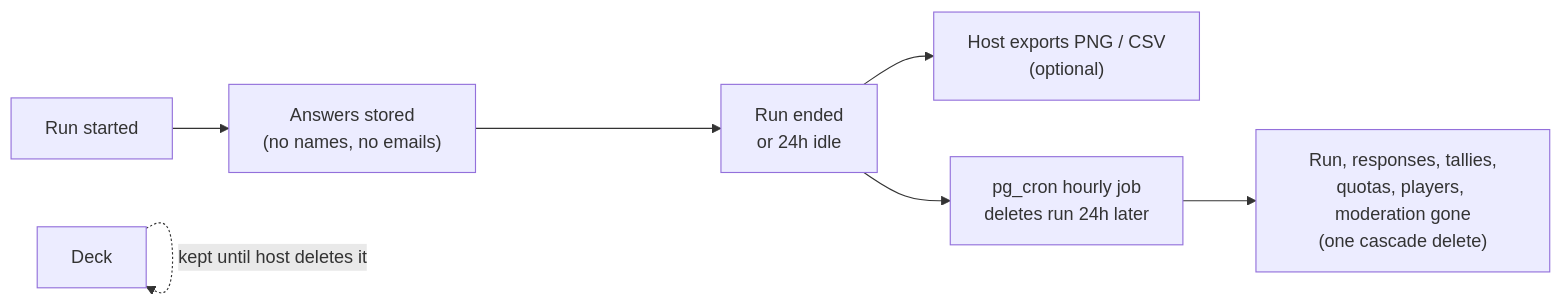
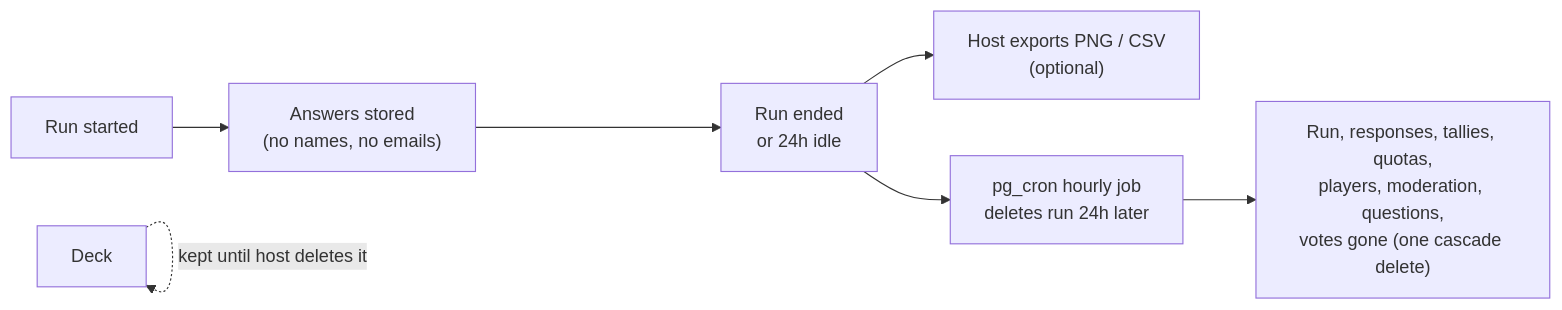
One commit to shahil1dn/volley changed the tenth of 10 diagrams in docs/ARCHITECTURE.md. Above: the diagram before and after it, drawn with Mermaid. The commit also changed other lines of this file, not shown here.

Commit message:
docs: architecture catches up with Q&A, the purge and the test project

````diff
--- a/docs/ARCHITECTURE.md
+++ b/docs/ARCHITECTURE.md
@@ -304,9 +321,9 @@
 ```mermaid
 flowchart LR
   A["Run started"] --> B["Answers stored<br/>(no names, no emails)"]
   B --> C["Run ended<br/>or 24h idle"]
   C --> D["Host exports PNG / CSV<br/>(optional)"]
   C --> E["pg_cron hourly job<br/>deletes run 24h later"]
-  E --> F["Run, responses, tallies,<br/>quotas, players, moderation gone<br/>(one cascade delete)"]
+  E --> F["Run, responses, tallies, quotas,<br/>players, moderation, questions,<br/>votes gone (one cascade delete)"]
   G["Deck"] -. "kept until host deletes it" .-> G
 ```
````
